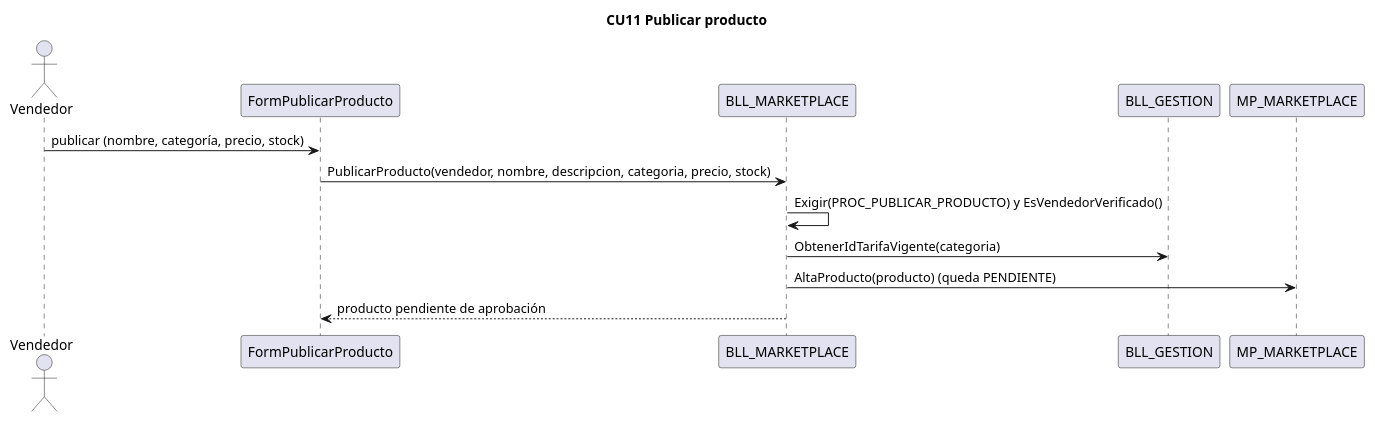
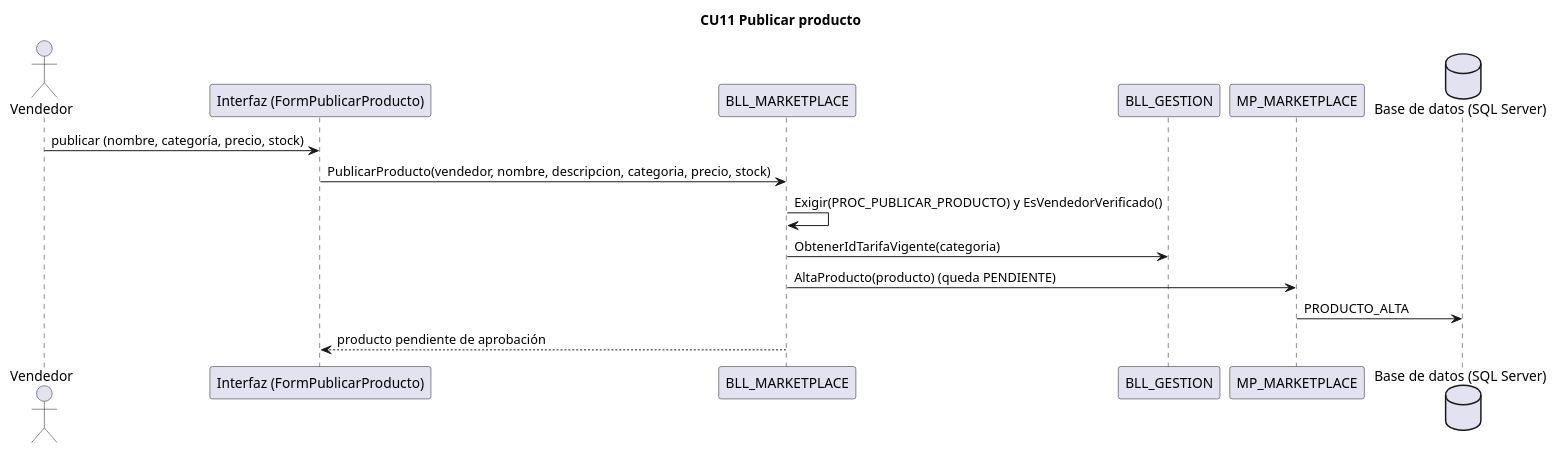
The diagram in docs/diagramas/secuencias/CU11_publicar_producto.puml (L-Muniz/uai-diploma_2026), drawn with PlantUML before and after one commit. The commit also changed 36 other files, not shown here.

Commit message:
Docs: secuencias con capa de interfaz y base de datos; imágenes del Word limitadas a la hoja

```diff
--- a/docs/diagramas/secuencias/CU11_publicar_producto.puml
+++ b/docs/diagramas/secuencias/CU11_publicar_producto.puml
@@ -1,14 +1,16 @@
 @startuml CU11
 title CU11 Publicar producto
 actor Vendedor
-participant "FormPublicarProducto" as IU
+participant "Interfaz (FormPublicarProducto)" as IU
 participant "BLL_MARKETPLACE" as BLL
 participant "BLL_GESTION" as GES
 participant "MP_MARKETPLACE" as DAL
+database "Base de datos (SQL Server)" as BD
 Vendedor -> IU : publicar (nombre, categoría, precio, stock)
 IU -> BLL : PublicarProducto(vendedor, nombre, descripcion, categoria, precio, stock)
 BLL -> BLL : Exigir(PROC_PUBLICAR_PRODUCTO) y EsVendedorVerificado()
 BLL -> GES : ObtenerIdTarifaVigente(categoria)
 BLL -> DAL : AltaProducto(producto) (queda PENDIENTE)
+DAL -> BD : PRODUCTO_ALTA
 BLL --> IU : producto pendiente de aprobación
 @enduml
```
